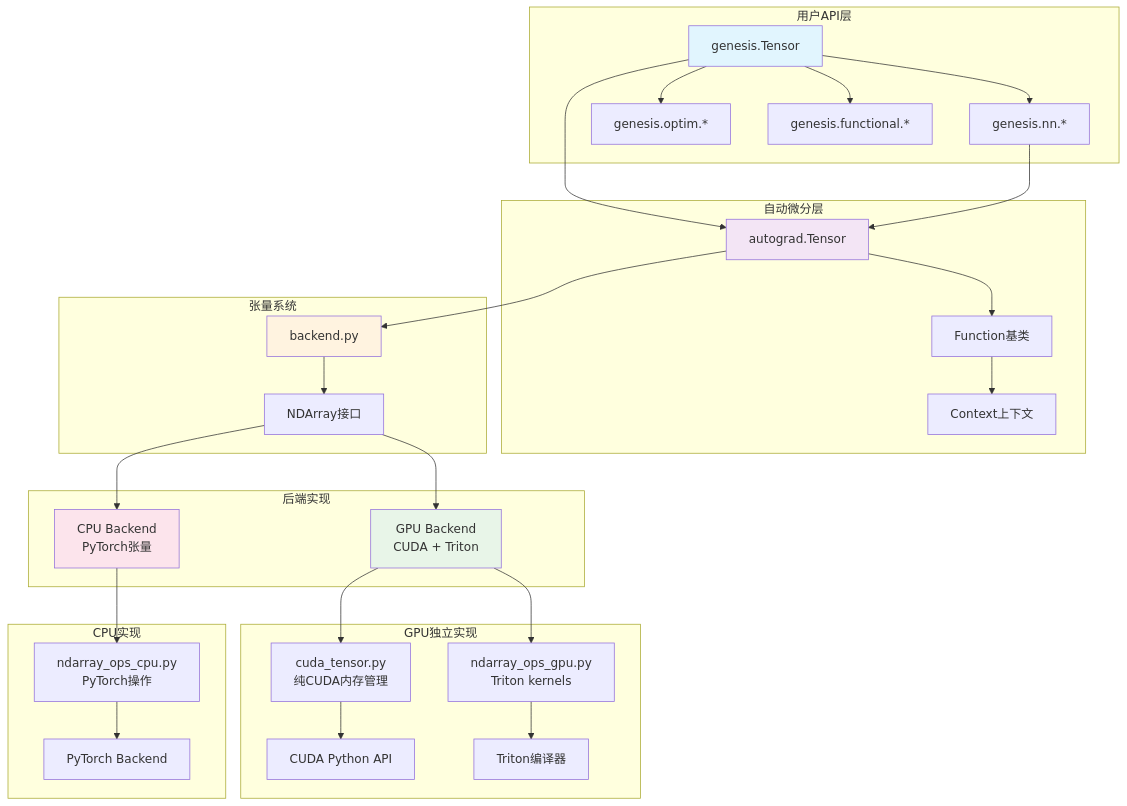
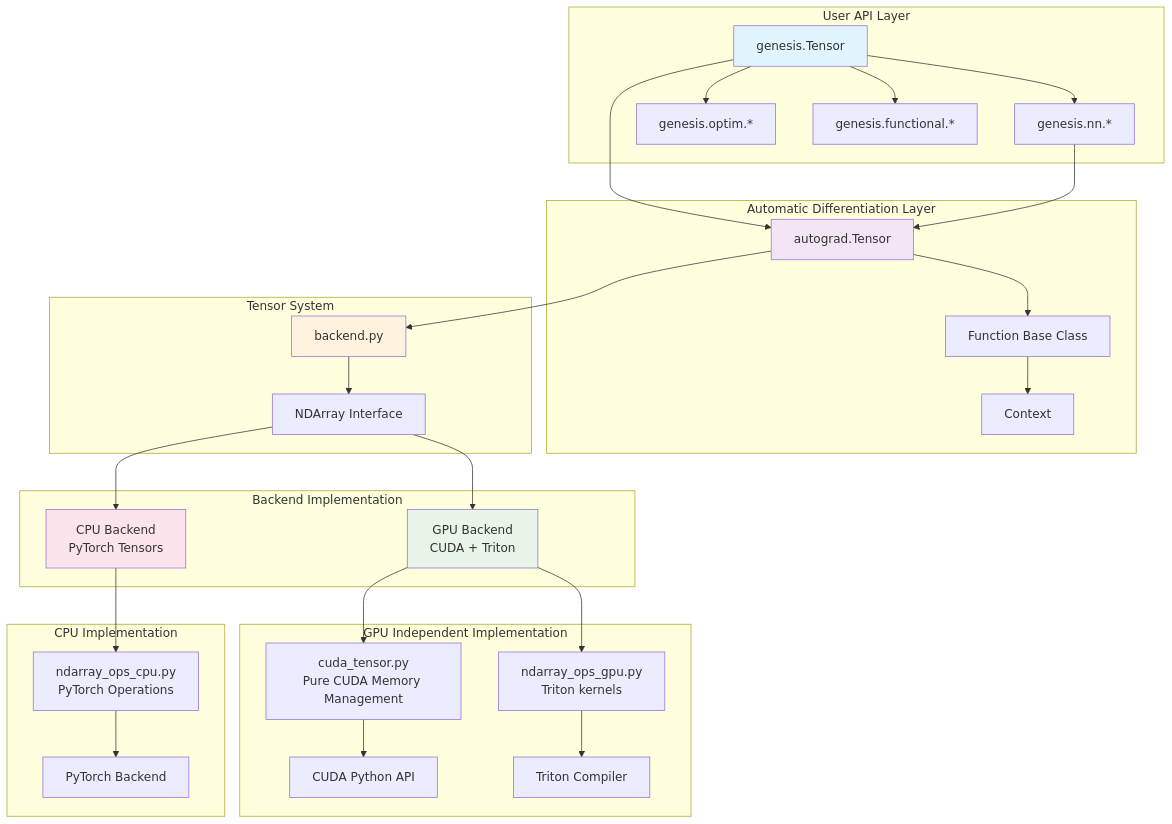
One commit to phonism/genesis changed the diagram in docs/architecture/index.md. Above: the diagram before and after it, drawn with Mermaid. The commit also changed other lines of this file and 40 other files, not shown here.

First line of the commit message:
Modularize GPU operations and improve benchmark reliability

````diff
--- a/docs/architecture/index.md
+++ b/docs/architecture/index.md
@@ -7,44 +7,44 @@
 ```mermaid
 graph TB
-    subgraph "用户API层"
+    subgraph "User API Layer"
         A[genesis.Tensor] --> B[genesis.nn.*]
         A --> C[genesis.optim.*]
         A --> D[genesis.functional.*]
     end
     
-    subgraph "自动微分层"
-        E[autograd.Tensor] --> F[Function基类]
-        F --> G[Context上下文]
+    subgraph "Automatic Differentiation Layer"
+        E[autograd.Tensor] --> F[Function Base Class]
+        F --> G[Context]
     end
     
-    subgraph "张量系统"
-        H[backend.py] --> I[NDArray接口]
+    subgraph "Tensor System"
+        H[backend.py] --> I[NDArray Interface]
     end
     
-    subgraph "后端实现"
-        I --> J[CPU Backend<br/>PyTorch张量]
+    subgraph "Backend Implementation"
+        I --> J[CPU Backend<br/>PyTorch Tensors]
         I --> K[GPU Backend<br/>CUDA + Triton]
     end
     
-    subgraph "GPU独立实现"
-        K --> L[cuda_tensor.py<br/>纯CUDA内存管理]
+    subgraph "GPU Independent Implementation"
+        K --> L[cuda_tensor.py<br/>Pure CUDA Memory Management]
         K --> M[ndarray_ops_gpu.py<br/>Triton kernels]
         L --> N[CUDA Python API]
-        M --> O[Triton编译器]
+        M --> O[Triton Compiler]
     end
     
-    subgraph "CPU实现"
-        J --> P[ndarray_ops_cpu.py<br/>PyTorch操作]
+    subgraph "CPU Implementation"
+        J --> P[ndarray_ops_cpu.py<br/>PyTorch Operations]
         P --> Q[PyTorch Backend]
     end
     
     A --> E
     B --> E
     E --> H
     
     style A fill:#e1f5fe
     style E fill:#f3e5f5
     style H fill:#fff3e0
     style K fill:#e8f5e8
     style J fill:#fce4ec
 ```
````
